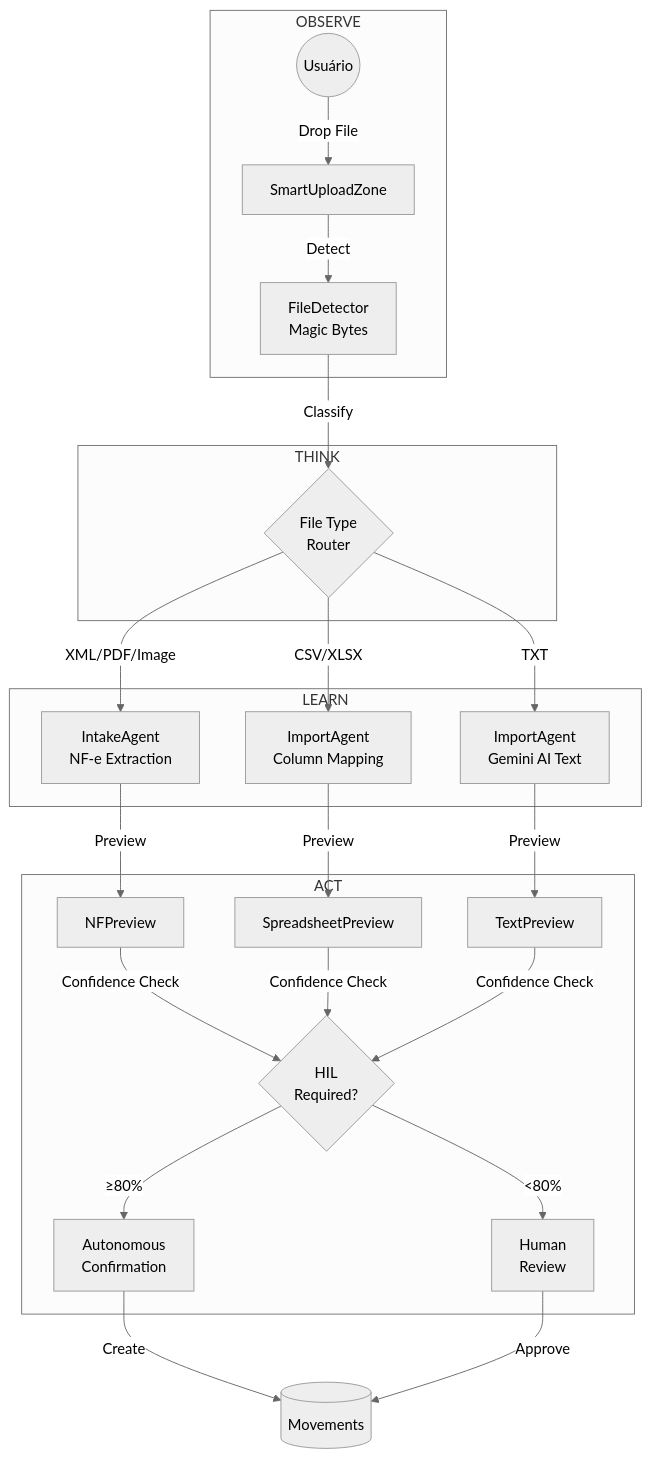
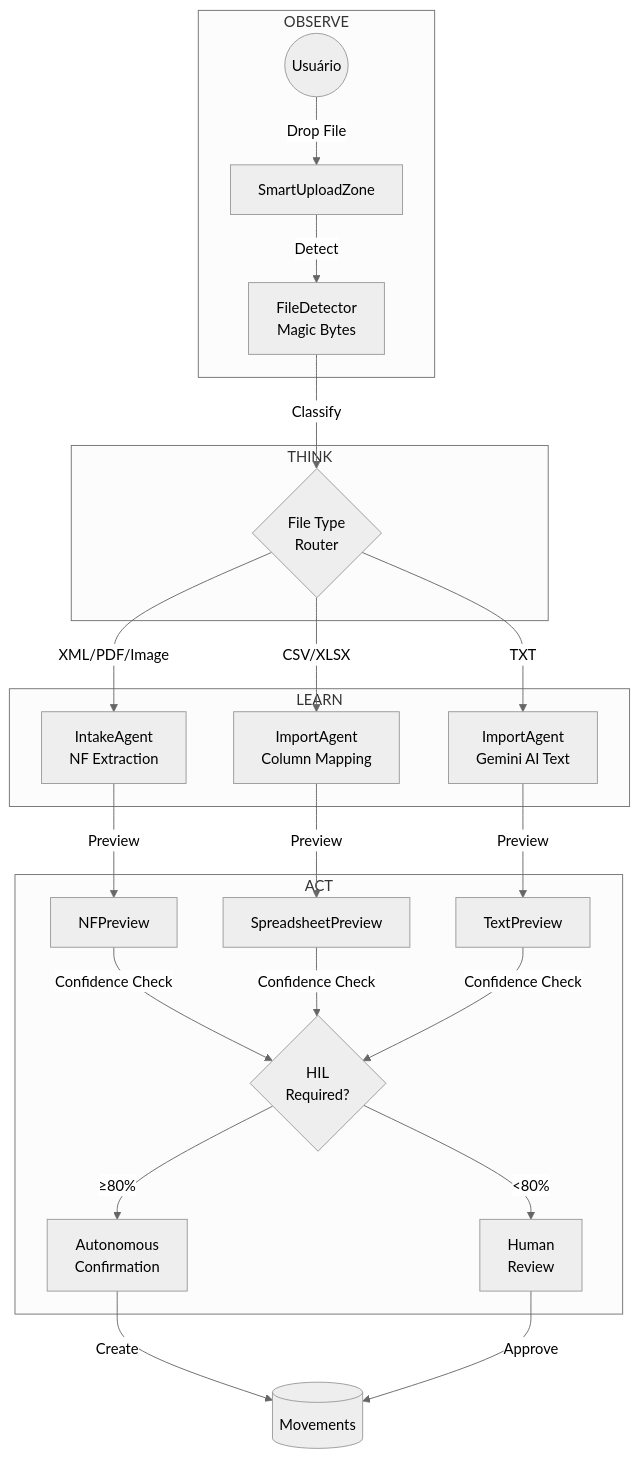
One commit to LPDigital-Agent/lpd-faiston-allinone changed the sixth of 17 diagrams in docs/architecture/SGA_ESTOQUE_ARCHITECTURE.md. Above: the diagram before and after it, drawn with Mermaid (neutral theme). The commit also changed other lines of this file and 37 other files, not shown here.

````diff
--- a/docs/architecture/SGA_ESTOQUE_ARCHITECTURE.md
+++ b/docs/architecture/SGA_ESTOQUE_ARCHITECTURE.md
@@ -286,30 +286,30 @@
 ```mermaid
 flowchart TB
     subgraph "OBSERVE"
         U((Usuário)) -->|Drop File| UZ[SmartUploadZone]
         UZ -->|Detect| FD[FileDetector\nMagic Bytes]
     end
 
     subgraph "THINK"
         FD -->|Classify| Router{File Type\nRouter}
     end
 
     subgraph "LEARN"
-        Router -->|XML/PDF/Image| IA[IntakeAgent\nNF-e Extraction]
+        Router -->|XML/PDF/Image| IA[IntakeAgent\nNF Extraction]
         Router -->|CSV/XLSX| IMP[ImportAgent\nColumn Mapping]
         Router -->|TXT| TXT[ImportAgent\nGemini AI Text]
     end
 
     subgraph "ACT"
         IA -->|Preview| NFP[NFPreview]
         IMP -->|Preview| SSP[SpreadsheetPreview]
         TXT -->|Preview| TXP[TextPreview]
 
         NFP & SSP & TXP -->|Confidence Check| HIL{HIL\nRequired?}
         HIL -->|≥80%| AUTO[Autonomous\nConfirmation]
         HIL -->|<80%| REVIEW[Human\nReview]
     end
 
     AUTO -->|Create| MOV[(Movements)]
     REVIEW -->|Approve| MOV
 ```
````
